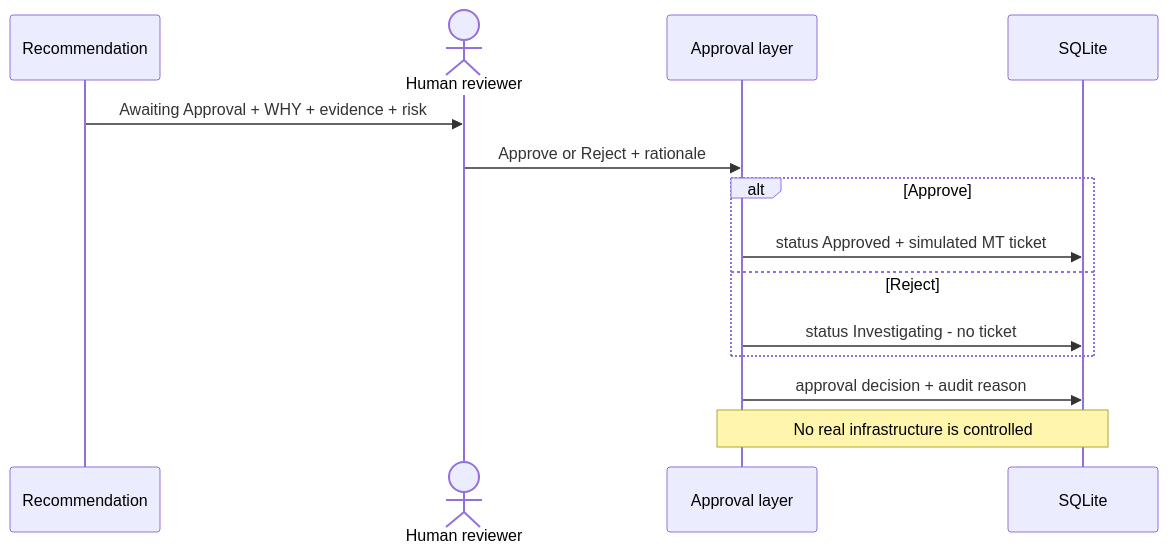
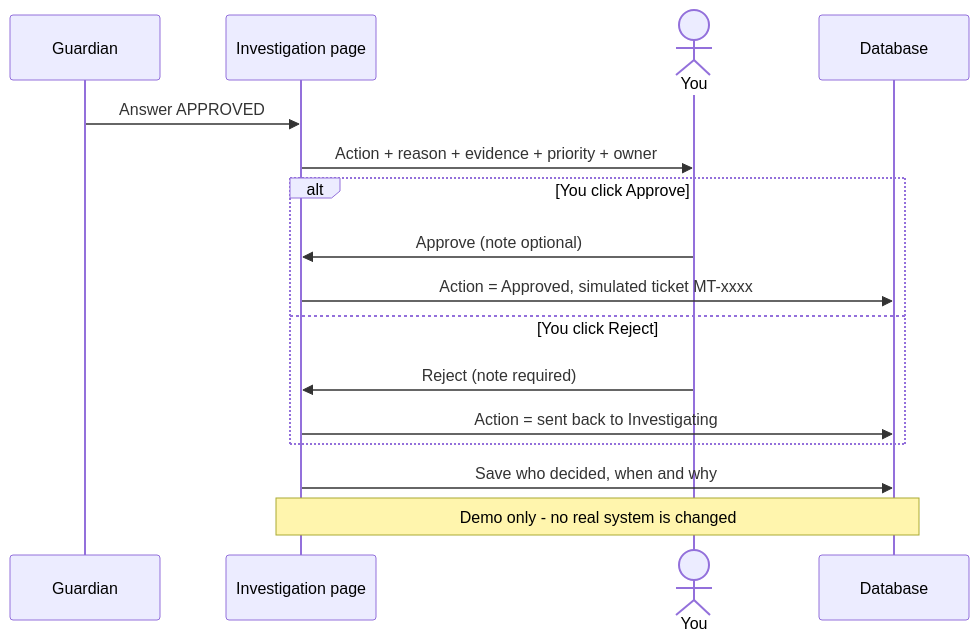
The eighth of 12 diagrams in README.md (amangovindrao/velloe_ops_intelligence), drawn with Mermaid before and after one commit. The commit also changed other lines of this file and 2 other files, not shown here.

````diff
--- a/README.md
+++ b/README.md
@@ -230,16 +356,18 @@
 ```mermaid
 sequenceDiagram
-    participant R as Recommendation
-    actor H as Human reviewer
-    participant O as Approval layer
-    participant DB as SQLite
-    R->>H: Awaiting Approval + WHY + evidence + risk
-    H->>O: Approve or Reject + rationale
-    alt Approve
-      O->>DB: status Approved + simulated MT ticket
-    else Reject
-      O->>DB: status Investigating - no ticket
+    participant G as Guardian
+    participant P as Investigation page
+    actor H as You
+    participant DB as Database
+    G->>P: Answer APPROVED
+    P->>H: Action + reason + evidence + priority + owner
+    alt You click Approve
+      H->>P: Approve (note optional)
+      P->>DB: Action = Approved, simulated ticket MT-xxxx
+    else You click Reject
+      H->>P: Reject (note required)
+      P->>DB: Action = sent back to Investigating
     end
-    O->>DB: approval decision + audit reason
-    Note over O,DB: No real infrastructure is controlled
+    P->>DB: Save who decided, when and why
+    Note over P,DB: Demo only - no real system is changed
 ```
````
